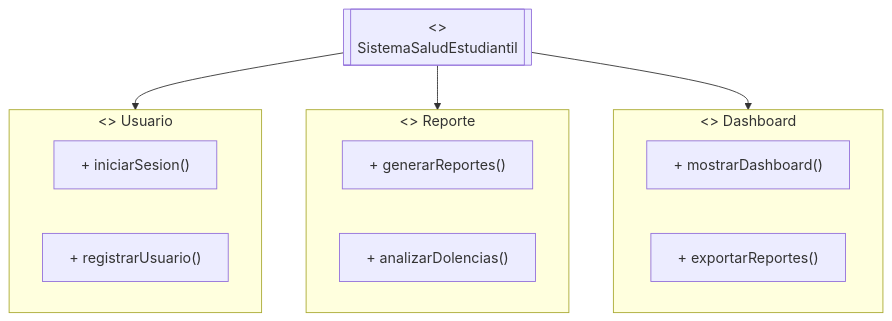
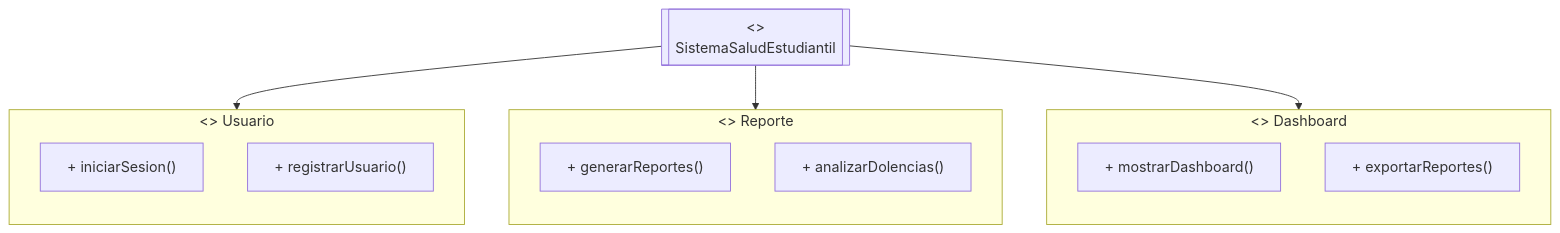
The second of 5 diagrams in FD03-EPIS-Informe Especificación Requerimientos.md (UPT-FAING-EPIS/proyecto-si885-2024-ii-u2-tg04lunaquispemamanihernandezmeza), drawn with Mermaid before and after one commit. The commit also changed other lines of this file, not shown here.

Commit message:
Update FD03-EPIS-Informe Especificación Requerimientos.md

````diff
--- a/FD03-EPIS-Informe Especificación Requerimientos.md
+++ b/FD03-EPIS-Informe Especificación Requerimientos.md
@@ -256,27 +255,30 @@
 ```mermaid
-
 graph TD
     %% Paquete principal
     SistemaSaludEstudiantil[["<<Sistema>>\nSistemaSaludEstudiantil"]]
 
     %% Sub-paquetes
     subgraph PaqueteUsuario [<<Paquete>> Usuario]
+        direction TB
         iniciarSesion["+ iniciarSesion()"]
         registrarUsuario["+ registrarUsuario()"]
     end
 
     subgraph PaqueteReporte [<<Paquete>> Reporte]
+        direction TB
         generarReportes["+ generarReportes()"]
         analizarDolencias["+ analizarDolencias()"]
     end
 
     subgraph PaqueteDashboard [<<Paquete>> Dashboard]
+        direction TB
         mostrarDashboard["+ mostrarDashboard()"]
         exportarReportes["+ exportarReportes()"]
     end
 
     %% Conexiones
     SistemaSaludEstudiantil --> PaqueteUsuario
     SistemaSaludEstudiantil --> PaqueteReporte
     SistemaSaludEstudiantil --> PaqueteDashboard
+
 ```
````
